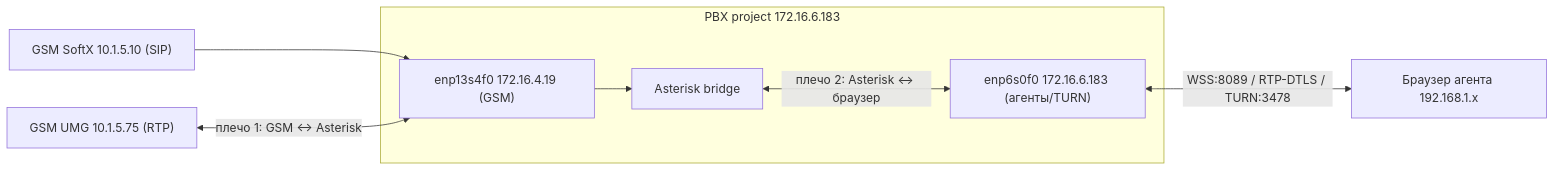
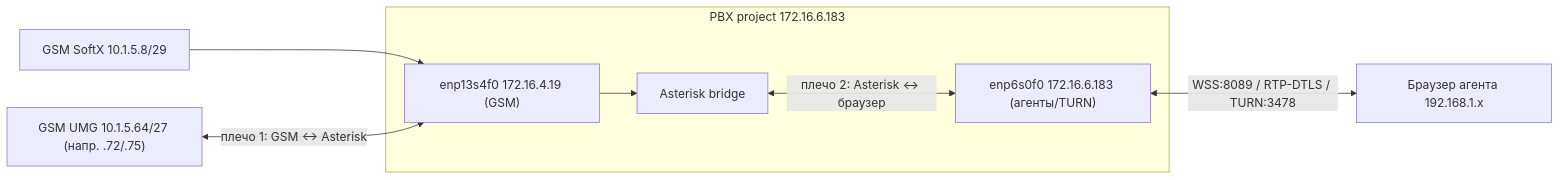
One commit to TagaevS13/Call-Center changed the diagram in asterisk-cc-phase1/ops/audio-two-way-runbook.md. Above: the diagram before and after it, drawn with Mermaid. The commit also changed other lines of this file and 16 other files, not shown here.

````diff
--- a/asterisk-cc-phase1/ops/audio-two-way-runbook.md
+++ b/asterisk-cc-phase1/ops/audio-two-way-runbook.md
@@ -9,15 +9,15 @@
 ```mermaid
 flowchart LR
-  GSM["GSM UMG 10.1.5.75 (RTP)"]
-  SIG["GSM SoftX 10.1.5.10 (SIP)"]
+  GSM["GSM UMG 10.1.5.64/27 (напр. .72/.75)"]
+  SIG["GSM SoftX 10.1.5.8/29"]
   subgraph PBX["PBX project 172.16.6.183"]
     NIC2["enp13s4f0 172.16.4.19 (GSM)"]
     NIC1["enp6s0f0 172.16.6.183 (агенты/TURN)"]
     AST["Asterisk bridge"]
   end
   BR["Браузер агента 192.168.1.x"]
   SIG --> NIC2 --> AST
   GSM <-->|"плечо 1: GSM <-> Asterisk"| NIC2
   AST <-->|"плечо 2: Asterisk <-> браузер"| NIC1
   NIC1 <-->|"WSS:8089 / RTP-DTLS / TURN:3478"| BR
 ```
````
